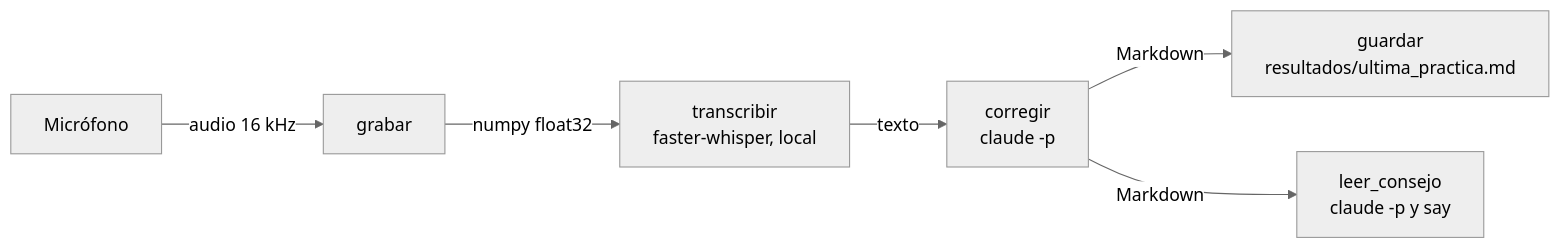
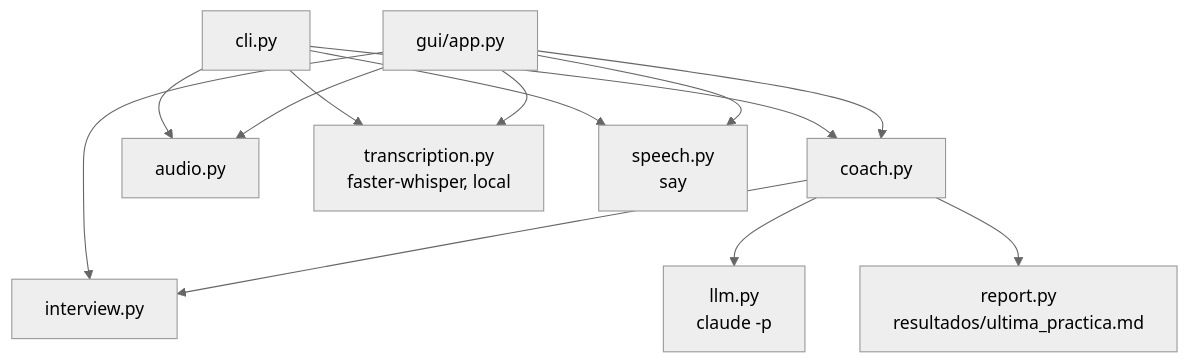
Before and after one commit to luis1415/practicar_ingles: the diagram in docs/arquitectura.md, drawn with Mermaid (neutral theme). The commit also changed other lines of this file and 29 other files, not shown here.

````diff
--- a/docs/arquitectura.md
+++ b/docs/arquitectura.md
@@ -5,8 +9,15 @@
 ```mermaid
-flowchart LR
-    A[Micrófono] -->|audio 16 kHz| B[grabar]
-    B -->|numpy float32| C[transcribir<br/>faster-whisper, local]
-    C -->|texto| D[corregir<br/>claude -p]
-    D -->|Markdown| E[guardar<br/>resultados/ultima_practica.md]
-    D -->|Markdown| F[leer_consejo<br/>claude -p y say]
+flowchart TD
+    CLI[cli.py] --> Coach[coach.py]
+    GUI[gui/app.py] --> Coach
+    GUI --> Session[interview.py]
+    Coach --> Session
+    Coach --> LLM[llm.py<br/>claude -p]
+    Coach --> Report[report.py<br/>resultados/ultima_practica.md]
+    CLI --> Audio[audio.py]
+    GUI --> Audio
+    CLI --> Whisper[transcription.py<br/>faster-whisper, local]
+    GUI --> Whisper
+    CLI --> Speech[speech.py<br/>say]
+    GUI --> Speech
 ```
````
